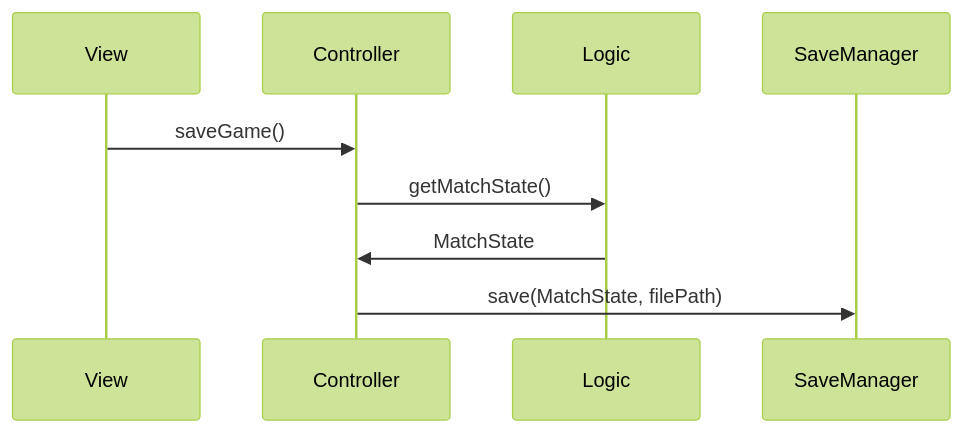
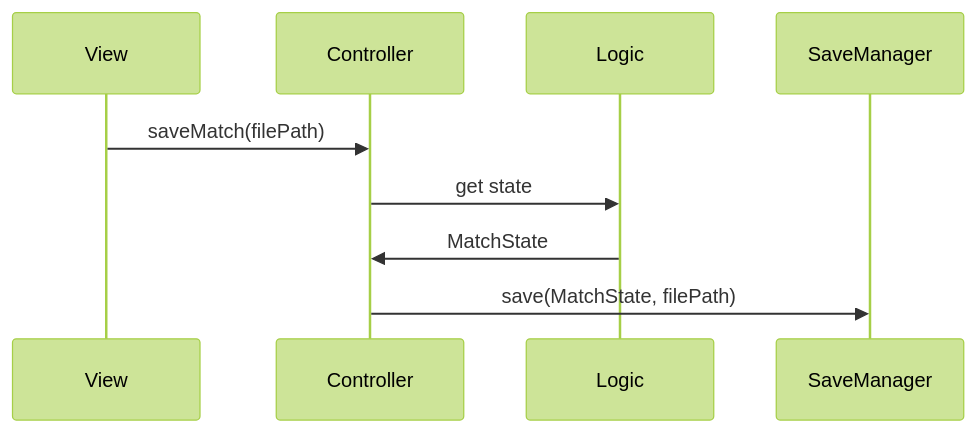
Before and after one commit to Borgotto/PPS-25-scalatello: the sixth of 11 diagrams in docs/report/4-detailed-design.md, drawn with Mermaid (forest theme). The commit also changed other lines of this file, not shown here.

Commit message:
Update my section of detailed design about SaveManager, Strategy and Player

````diff
--- a/docs/report/4-detailed-design.md
+++ b/docs/report/4-detailed-design.md
@@ -166,7 +156,7 @@
 ```mermaid
 sequenceDiagram
-    View->>Controller: saveGame()
-    Controller->>Logic: getMatchState()
+    View->>Controller: saveMatch(filePath)
+    Controller->>Logic: get state
     Logic->>Controller: MatchState
     Controller->>SaveManager: save(MatchState, filePath)
 ```
````
